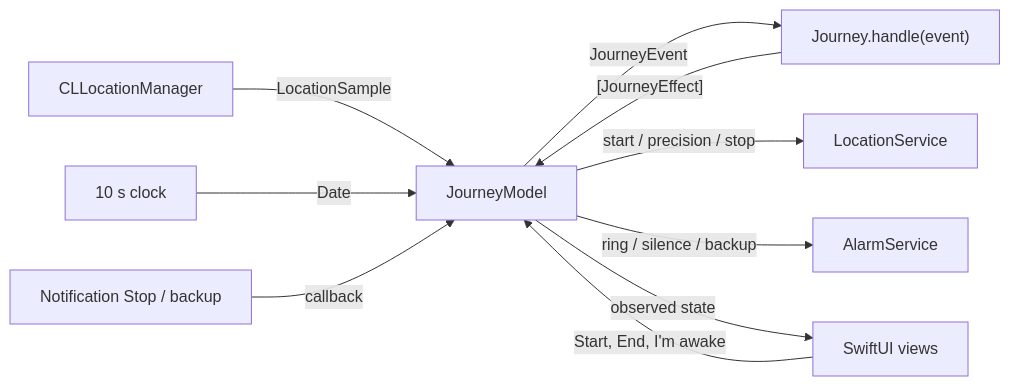
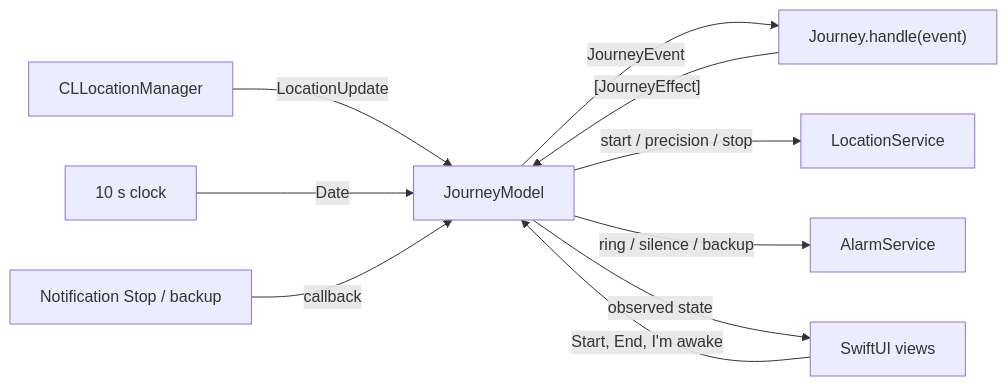
The diagram in README.md (ardakaan78715-gif/destination-arrival), drawn with Mermaid before and after one commit. The commit also changed other lines of this file and 23 other files, not shown here.

First line of the commit message:
Check readiness before a journey and surface location failures

````diff
--- a/README.md
+++ b/README.md
@@ -148,12 +168,12 @@
 ```mermaid
 flowchart LR
-    GPS["CLLocationManager"] -->|LocationSample| Model["JourneyModel"]
+    GPS["CLLocationManager"] -->|LocationUpdate| Model["JourneyModel"]
     Clock["10 s clock"] -->|Date| Model
     Views["SwiftUI views"] -->|"Start, End, I'm awake"| Model
     Notifications["Notification Stop / backup"] -->|callback| Model
     Model -->|JourneyEvent| Reducer["Journey.handle(event)"]
     Reducer -->|"[JourneyEffect]"| Model
     Model -->|"start / precision / stop"| Location["LocationService"]
     Model -->|"ring / silence / backup"| Alarm["AlarmService"]
     Model -->|"observed state"| Views
 ```
````
